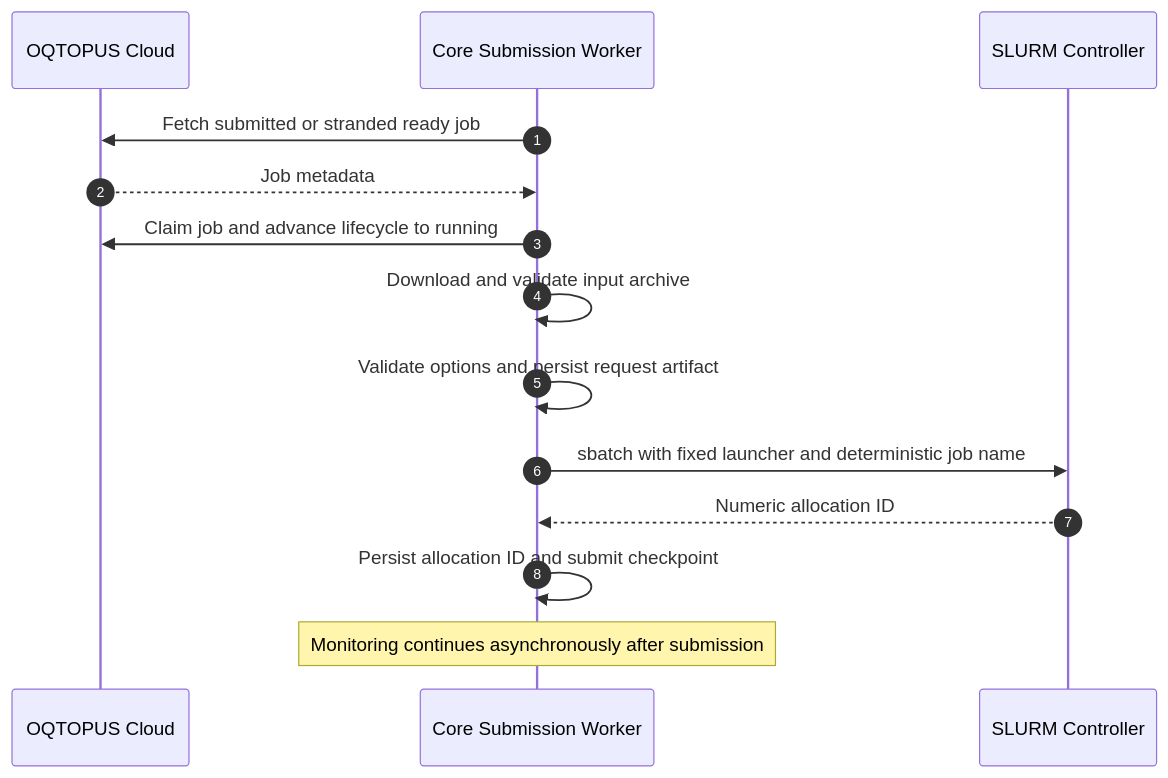
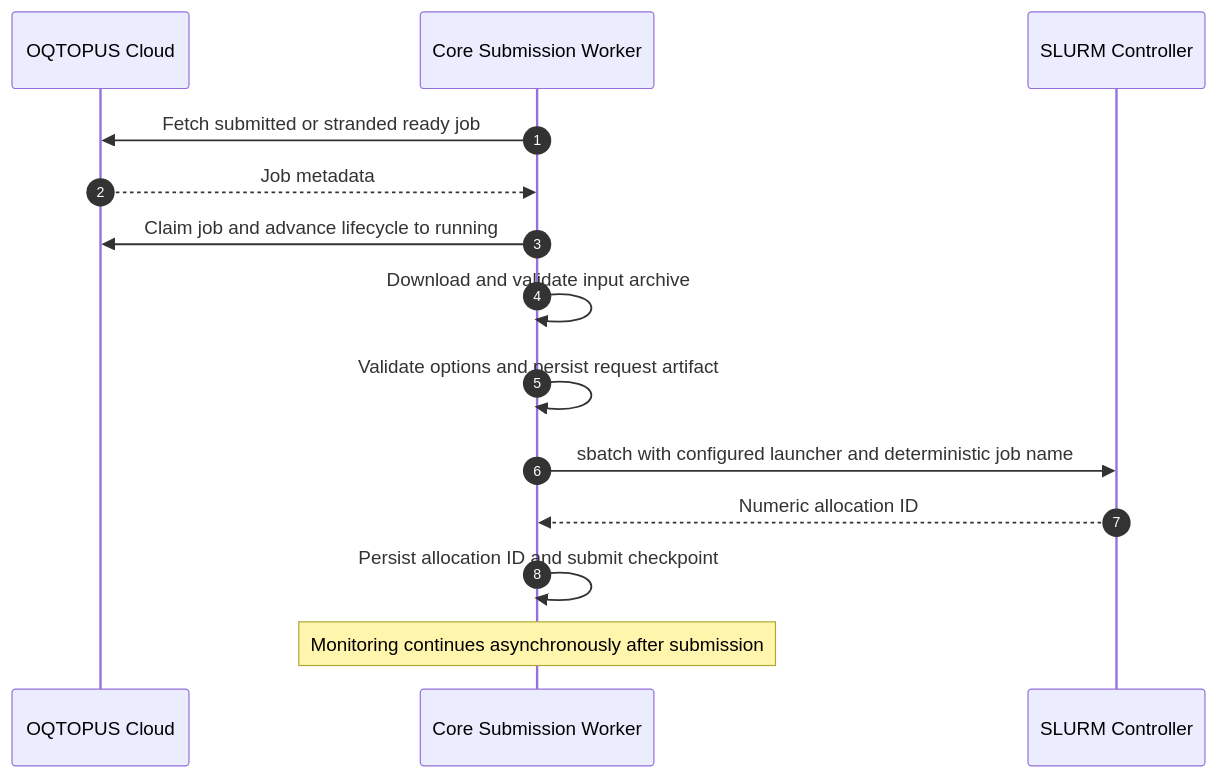
Before and after one commit to oqtopus-team/oqtopus-engine: the first of 4 diagrams in docs/features/slurm_simulator/overview.md, drawn with Mermaid. The commit also changed other lines of this file and 9 other files, not shown here.

````diff
--- a/docs/features/slurm_simulator/overview.md
+++ b/docs/features/slurm_simulator/overview.md
@@ -53,17 +53,17 @@
 ```mermaid
 sequenceDiagram
   autonumber
   participant Cloud as OQTOPUS Cloud
   participant Submitter as Core Submission Worker
   participant Slurm as SLURM Controller
 
   Submitter->>Cloud: Fetch submitted or stranded ready job
   Cloud-->>Submitter: Job metadata
   Submitter->>Cloud: Claim job and advance lifecycle to running
   Submitter->>Submitter: Download and validate input archive
   Submitter->>Submitter: Validate options and persist request artifact
-  Submitter->>Slurm: sbatch with fixed launcher and deterministic job name
+  Submitter->>Slurm: sbatch with configured launcher and deterministic job name
   Slurm-->>Submitter: Numeric allocation ID
   Submitter->>Submitter: Persist allocation ID and submit checkpoint
   Note over Submitter: Monitoring continues asynchronously after submission
 ```
````
